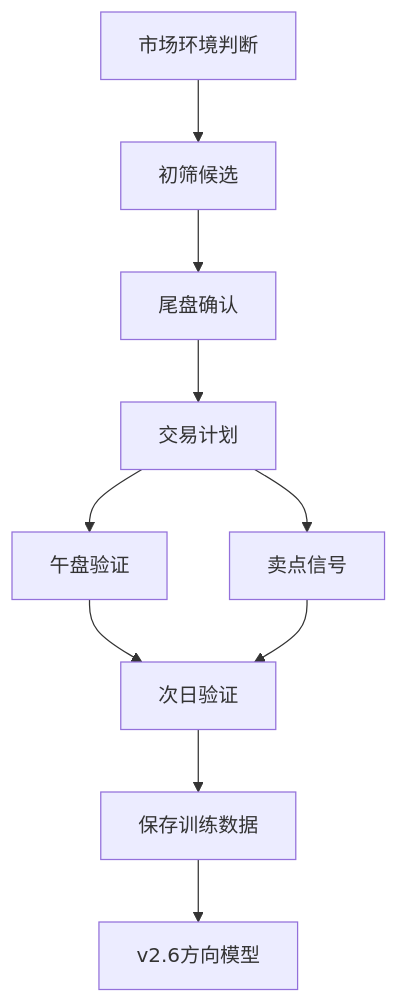
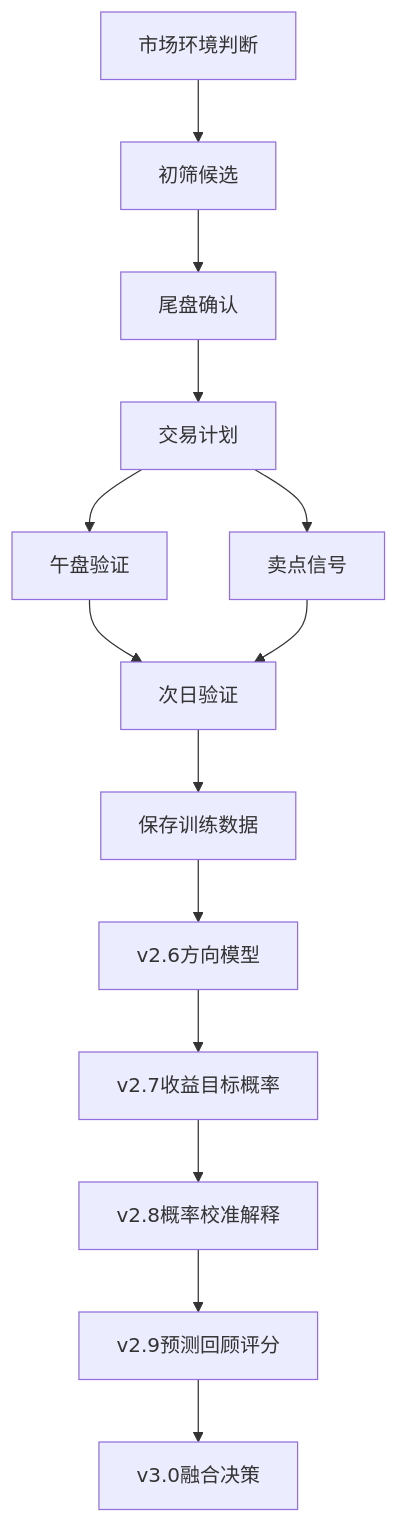
The diagram in obsidian-vault/00-入口/01-项目地图.md (ixiaoxinxin/t_trade_system), drawn with Mermaid before and after one commit. The commit also changed other lines of this file and 12 other files, not shown here.

````diff
--- a/obsidian-vault/00-入口/01-项目地图.md
+++ b/obsidian-vault/00-入口/01-项目地图.md
@@ -27,12 +32,16 @@
 ```mermaid
 flowchart TD
     A["市场环境判断"] --> B["初筛候选"]
     B --> C["尾盘确认"]
     C --> D["交易计划"]
     D --> E["午盘验证"]
     D --> F["卖点信号"]
     E --> G["次日验证"]
     F --> G
     G --> H["保存训练数据"]
     H --> I["v2.6方向模型"]
+    I --> J["v2.7收益目标概率"]
+    J --> K["v2.8概率校准解释"]
+    K --> L["v2.9预测回顾评分"]
+    L --> M["v3.0融合决策"]
 ```
````
